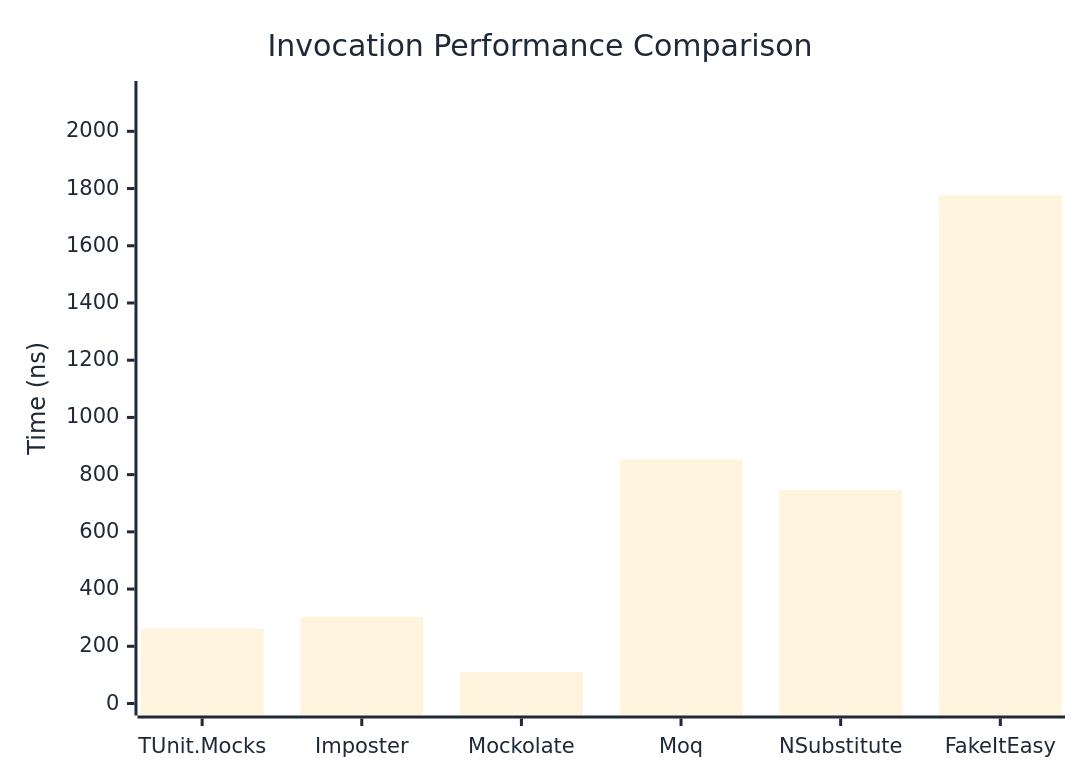
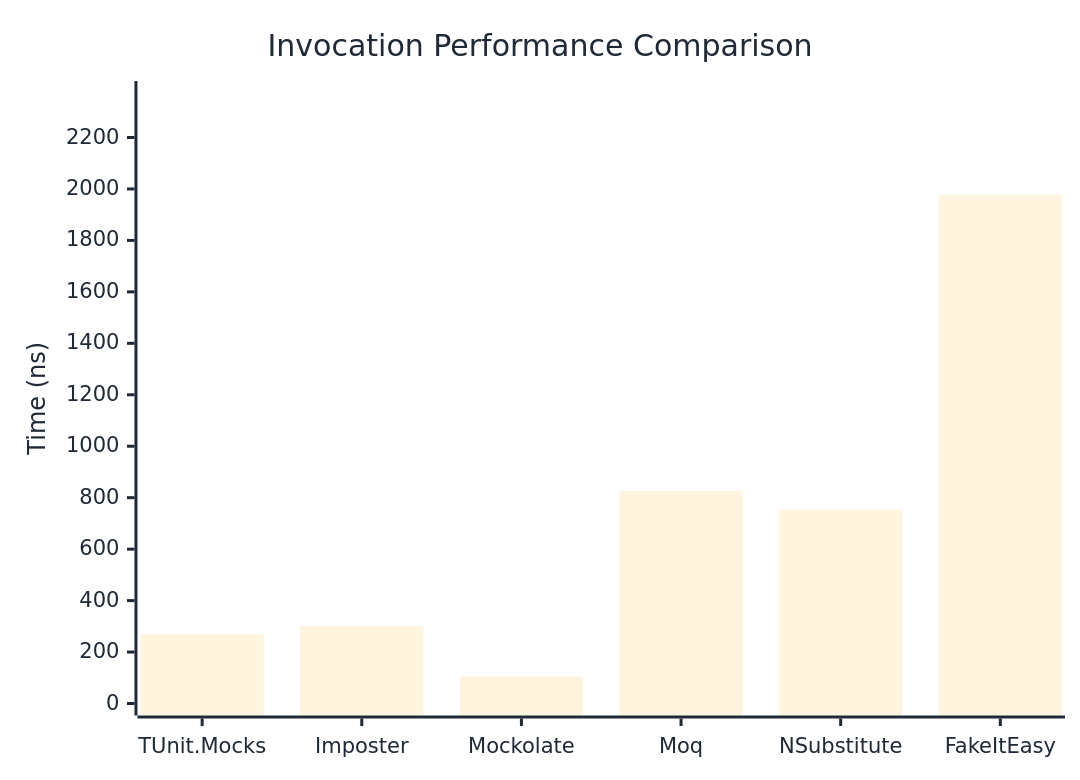
Before and after one commit to thomhurst/TUnit: the first of 3 diagrams in docs/docs/benchmarks/mocks/Invocation.md, drawn with Mermaid. The commit also changed other lines of this file and 14 other files, not shown here.

````diff
--- a/docs/docs/benchmarks/mocks/Invocation.md
+++ b/docs/docs/benchmarks/mocks/Invocation.md
@@ -30,27 +30,27 @@
 ```mermaid
 %%{init: {
   'theme':'base',
   'themeVariables': {
     'primaryColor': '#2563eb',
     'primaryTextColor': '#1f2937',
     'primaryBorderColor': '#1e40af',
     'lineColor': '#6b7280',
     'secondaryColor': '#7c3aed',
     'tertiaryColor': '#dc2626',
     'background': '#ffffff',
     'pie1': '#2563eb',
     'pie2': '#7c3aed',
     'pie3': '#dc2626',
     'pie4': '#f59e0b',
     'pie5': '#10b981',
     'pie6': '#06b6d4',
     'pie7': '#ec4899',
     'pie8': '#6366f1'
   }
 }}%%
 xychart-beta
   title "Invocation Performance Comparison"
   x-axis ["TUnit.Mocks", "Imposter", "Mockolate", "Moq", "NSubstitute", "FakeItEasy"]
-  y-axis "Time (ns)" 0 --> 2134
-  bar [261.4, 303.32, 110.24, 853.69, 746.11, 1777.71]
+  y-axis "Time (ns)" 0 --> 2373
+  bar [269.4, 301.1, 104.4, 826.3, 753, 1977.5]
 ```
````
